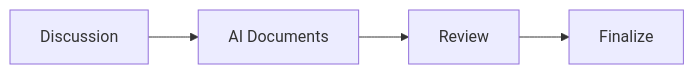
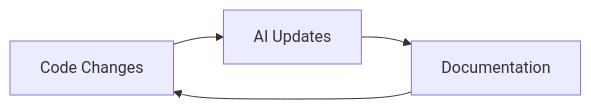
One commit to labrystechnology/AiDE-AI changed the third of 4 diagrams in docs/workflow.md. Above: the diagram before and after it, drawn with Mermaid. The commit also changed other lines of this file and 12 other files, not shown here.

````diff
--- a/docs/workflow.md
+++ b/docs/workflow.md
@@ -91,6 +48,6 @@
 ```mermaid
 graph LR
-    A[Discussion] --> B[AI Documents]
-    B --> C[Review]
-    C --> D[Finalize]
+    A[Code Changes] --> B[AI Updates]
+    B --> C[Documentation]
+    C --> A
 ```
````
